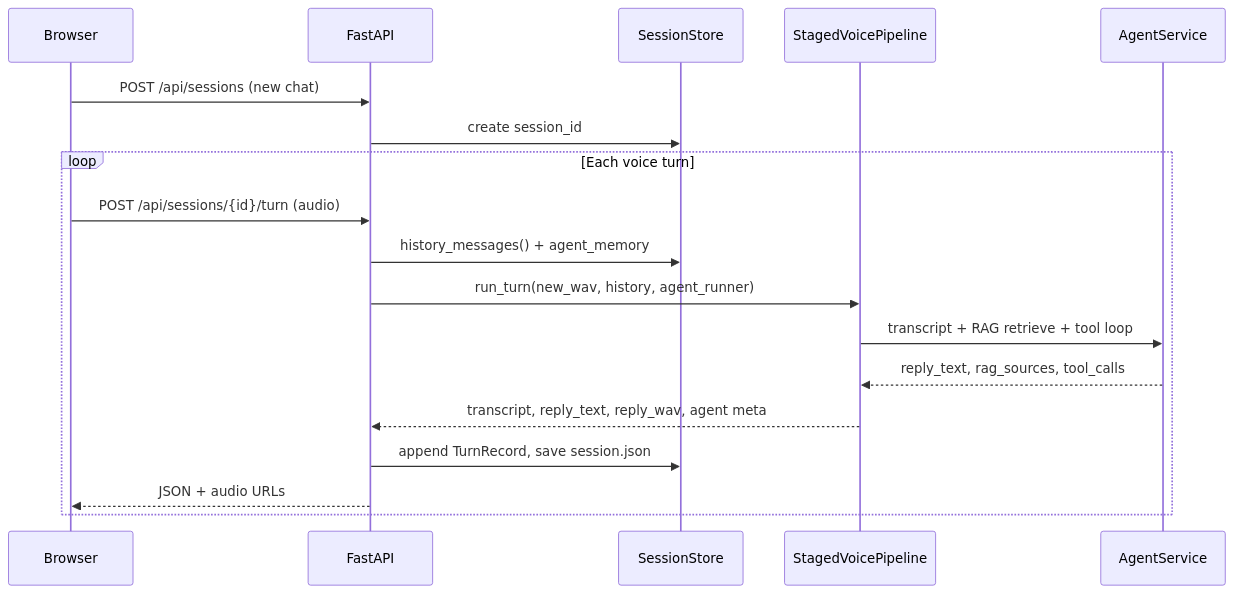
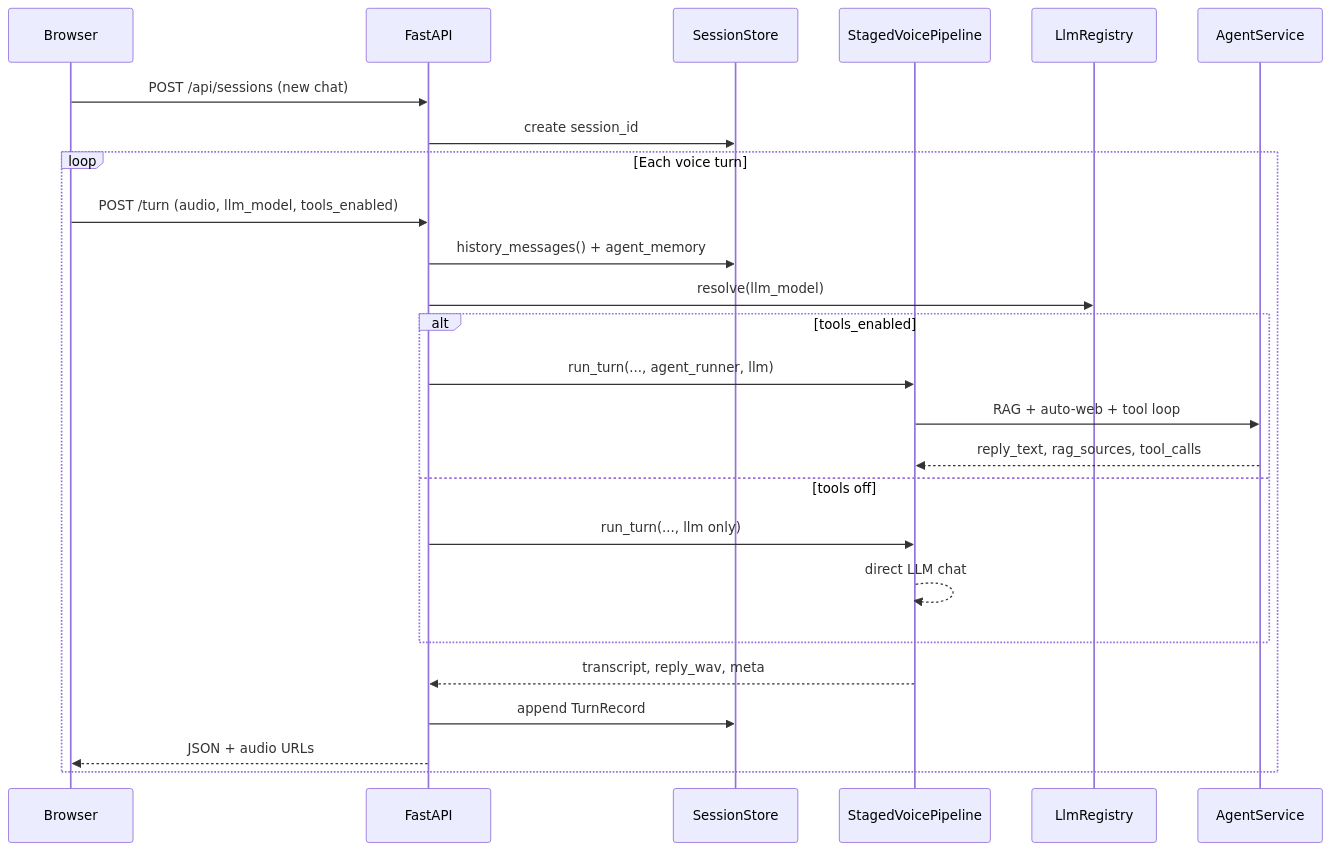
One commit to linjiahu-imachines/full_stack_ai_pipelines changed the fourth of 5 diagrams in speech_ai_exp/docs/SERVER_AND_PROJECT1_ARCHITECTURE.md. Above: the diagram before and after it, drawn with Mermaid. The commit also changed other lines of this file and 30 other files, not shown here.

````diff
--- a/speech_ai_exp/docs/SERVER_AND_PROJECT1_ARCHITECTURE.md
+++ b/speech_ai_exp/docs/SERVER_AND_PROJECT1_ARCHITECTURE.md
@@ -388,21 +449,28 @@
 ```mermaid
 sequenceDiagram
   participant UI as Browser
   participant API as FastAPI
   participant S as SessionStore
   participant P as StagedVoicePipeline
+  participant R as LlmRegistry
   participant A as AgentService
 
   UI->>API: POST /api/sessions (new chat)
   API->>S: create session_id
   loop Each voice turn
-    UI->>API: POST /api/sessions/{id}/turn (audio)
+    UI->>API: POST /turn (audio, llm_model, tools_enabled)
     API->>S: history_messages() + agent_memory
-    API->>P: run_turn(new_wav, history, agent_runner)
-    P->>A: transcript + RAG retrieve + tool loop
-    A-->>P: reply_text, rag_sources, tool_calls
-    P-->>API: transcript, reply_text, reply_wav, agent meta
-    API->>S: append TurnRecord, save session.json
+    API->>R: resolve(llm_model)
+    alt tools_enabled
+      API->>P: run_turn(..., agent_runner, llm)
+      P->>A: RAG + auto-web + tool loop
+      A-->>P: reply_text, rag_sources, tool_calls
+    else tools off
+      API->>P: run_turn(..., llm only)
+      P-->>P: direct LLM chat
+    end
+    P-->>API: transcript, reply_wav, meta
+    API->>S: append TurnRecord
     API-->>UI: JSON + audio URLs
   end
 ```
````
